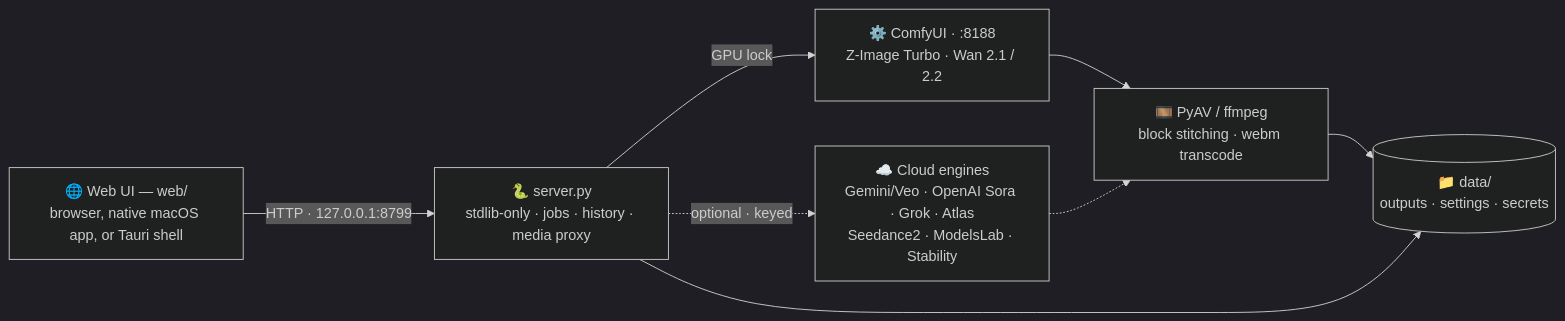
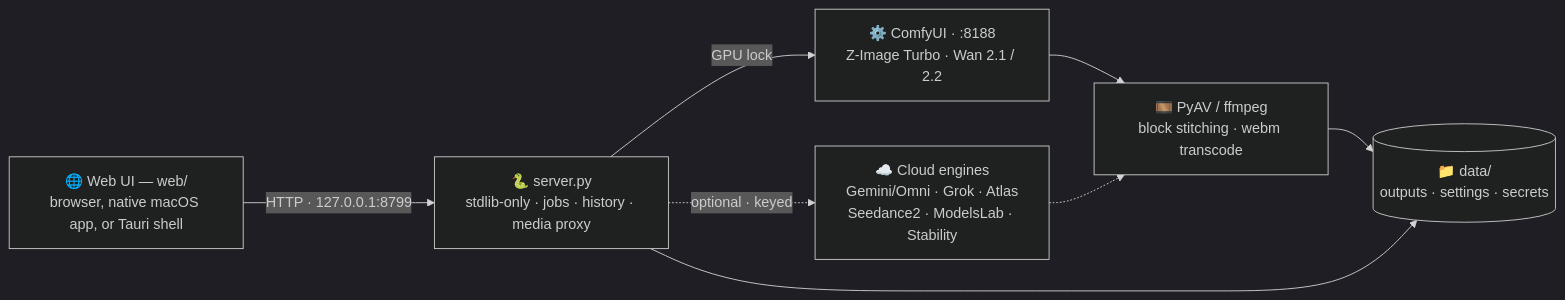
One commit to pwintri2/ImagineAI changed the diagram in README.md. Above: the diagram before and after it, drawn with Mermaid (dark theme). The commit also changed other lines of this file and 26 other files, not shown here.

````diff
--- a/README.md
+++ b/README.md
@@ -127,10 +138,10 @@
 ```mermaid
 flowchart LR
     UI["🌐 Web UI — web/<br/>browser, native macOS app, or Tauri shell"] -->|"HTTP · 127.0.0.1:8799"| SRV["🐍 server.py<br/>stdlib-only · jobs · history · media proxy"]
     SRV -->|"GPU lock"| COMFY["⚙️ ComfyUI · :8188<br/>Z-Image Turbo · Wan 2.1 / 2.2"]
-    SRV -.->|"optional · keyed"| CLOUD["☁️ Cloud engines<br/>Gemini/Veo · OpenAI Sora · Grok · Atlas<br/>Seedance2 · ModelsLab · Stability"]
+    SRV -.->|"optional · keyed"| CLOUD["☁️ Cloud engines<br/>Gemini/Omni · Grok · Atlas<br/>Seedance2 · ModelsLab · Stability"]
     COMFY --> STITCH["🎞️ PyAV / ffmpeg<br/>block stitching · webm transcode"]
     CLOUD -.-> STITCH
     STITCH --> DATA[("📁 data/<br/>outputs · settings · secrets")]
     SRV --> DATA
 ```
````
